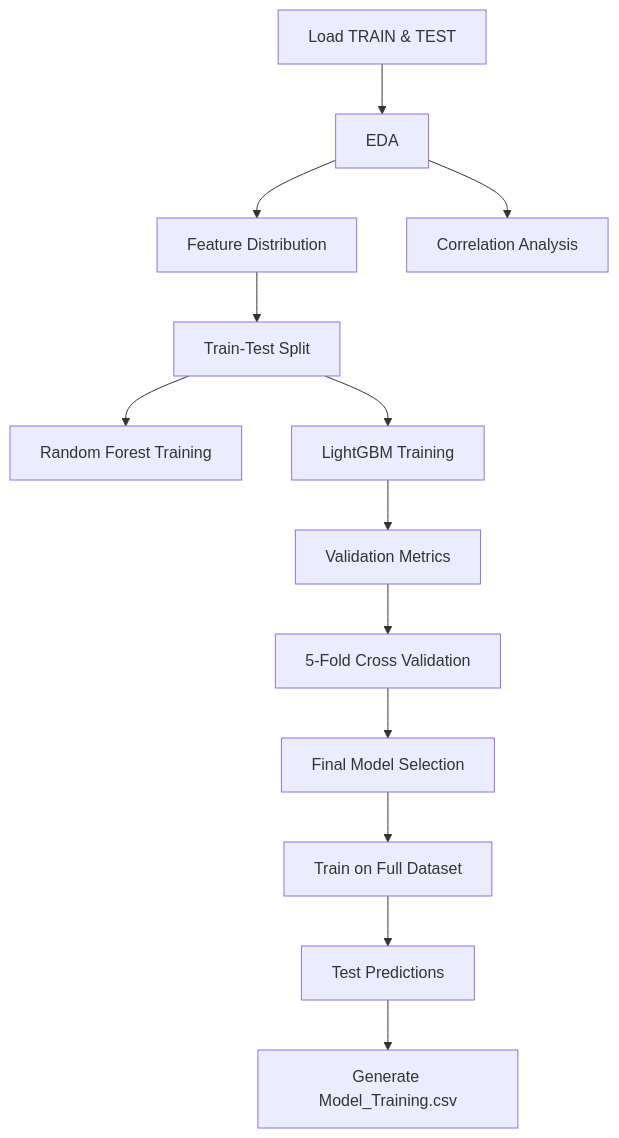
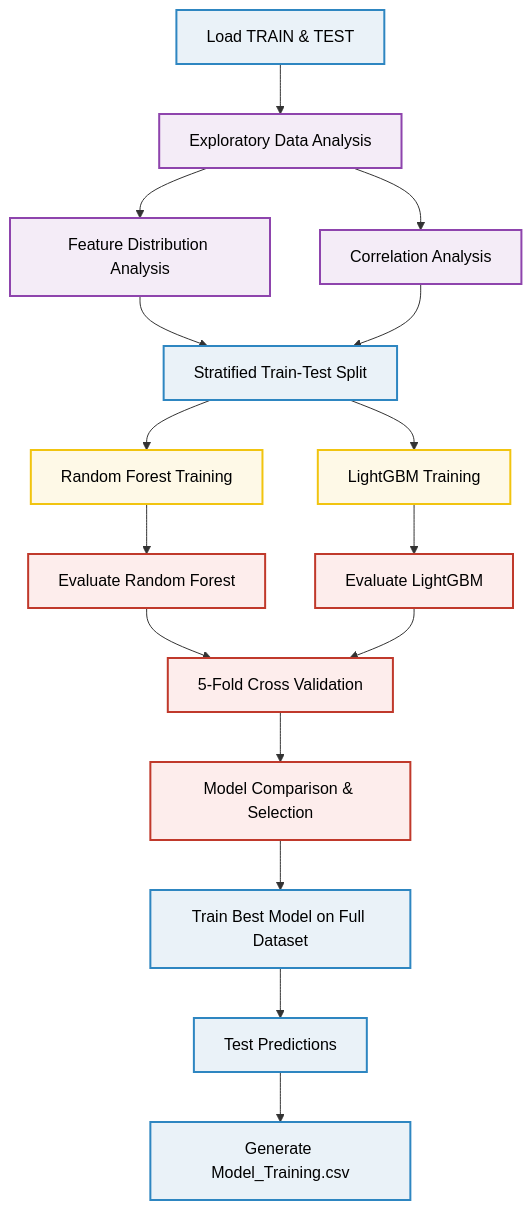
The diagram in README.md (ankitkumar-09/ML-alriEEEna), drawn with Mermaid before and after one commit.

````diff
--- a/README.md
+++ b/README.md
@@ -173,15 +173,37 @@
 ```mermaid
 flowchart TD
-    A[Load TRAIN & TEST] --> B[EDA]
-    B --> C[Feature Distribution]
+
+    A[Load TRAIN & TEST] --> B[Exploratory Data Analysis]
+    B --> C[Feature Distribution Analysis]
     B --> D[Correlation Analysis]
-    C --> E[Train-Test Split]
+
+    C --> E[Stratified Train-Test Split]
+    D --> E
+
     E --> F[Random Forest Training]
     E --> G[LightGBM Training]
-    G --> H[Validation Metrics]
-    H --> I[5-Fold Cross Validation]
-    I --> J[Final Model Selection]
-    J --> K[Train on Full Dataset]
-    K --> L[Test Predictions]
-    L --> M[Generate Model_Training.csv]
+
+    F --> H[Evaluate Random Forest]
+    G --> I[Evaluate LightGBM]
+
+    H --> J[5-Fold Cross Validation]
+    I --> J
+
+    J --> K[Model Comparison & Selection]
+    K --> L[Train Best Model on Full Dataset]
+    L --> M[Test Predictions]
+    M --> N[Generate Model_Training.csv]
+
+    %% Color Definitions
+    classDef data fill:#EAF2F8,stroke:#2E86C1,stroke-width:2px,color:#000;
+    classDef eda fill:#F4ECF7,stroke:#8E44AD,stroke-width:2px,color:#000;
+    classDef model fill:#FEF9E7,stroke:#F1C40F,stroke-width:2px,color:#000;
+    classDef eval fill:#FDEDEC,stroke:#C0392B,stroke-width:2px,color:#000;
+    classDef deploy fill:#E8F8F5,stroke:#17A589,stroke-width:2px,color:#000;
+
+    %% Class Assignments
+    class A,E,L,M,N data;
+    class B,C,D eda;
+    class F,G model;
+    class H,I,J,K eval;
 ```
````
